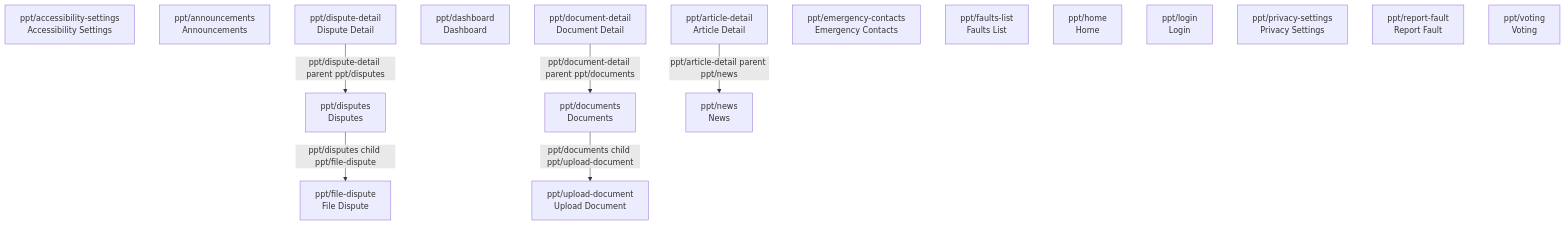
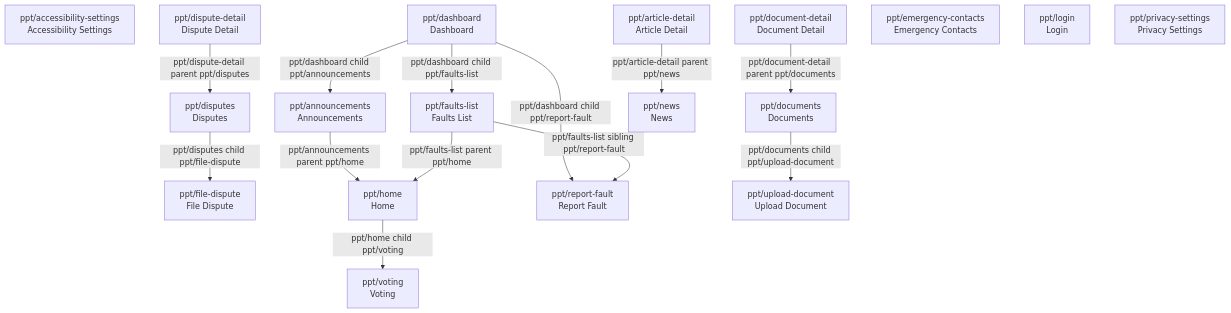
One commit to martin-janci/property-management changed the diagram in docs/screens/_diagrams/ppt-site-graph.mmd. Above: the diagram before and after it, drawn with Mermaid. The commit also changed 18 other files, not shown here.

```diff
--- a/docs/screens/_diagrams/ppt-site-graph.mmd
+++ b/docs/screens/_diagrams/ppt-site-graph.mmd
@@ -1,24 +1,31 @@
 graph TD
   ppt__accessibility-settings["ppt/accessibility-settings<br/>Accessibility Settings"]
   ppt__announcements["ppt/announcements<br/>Announcements"]
   ppt__article-detail["ppt/article-detail<br/>Article Detail"]
   ppt__dashboard["ppt/dashboard<br/>Dashboard"]
   ppt__dispute-detail["ppt/dispute-detail<br/>Dispute Detail"]
   ppt__disputes["ppt/disputes<br/>Disputes"]
   ppt__document-detail["ppt/document-detail<br/>Document Detail"]
   ppt__documents["ppt/documents<br/>Documents"]
   ppt__emergency-contacts["ppt/emergency-contacts<br/>Emergency Contacts"]
   ppt__faults-list["ppt/faults-list<br/>Faults List"]
   ppt__file-dispute["ppt/file-dispute<br/>File Dispute"]
   ppt__home["ppt/home<br/>Home"]
   ppt__login["ppt/login<br/>Login"]
   ppt__news["ppt/news<br/>News"]
   ppt__privacy-settings["ppt/privacy-settings<br/>Privacy Settings"]
   ppt__report-fault["ppt/report-fault<br/>Report Fault"]
   ppt__upload-document["ppt/upload-document<br/>Upload Document"]
   ppt__voting["ppt/voting<br/>Voting"]
+  ppt__announcements -- "ppt/announcements parent ppt/home" --> ppt__home
   ppt__article-detail -- "ppt/article-detail parent ppt/news" --> ppt__news
+  ppt__dashboard -- "ppt/dashboard child ppt/faults-list" --> ppt__faults-list
+  ppt__dashboard -- "ppt/dashboard child ppt/announcements" --> ppt__announcements
+  ppt__dashboard -- "ppt/dashboard child ppt/report-fault" --> ppt__report-fault
   ppt__dispute-detail -- "ppt/dispute-detail parent ppt/disputes" --> ppt__disputes
   ppt__disputes -- "ppt/disputes child ppt/file-dispute" --> ppt__file-dispute
   ppt__document-detail -- "ppt/document-detail parent ppt/documents" --> ppt__documents
   ppt__documents -- "ppt/documents child ppt/upload-document" --> ppt__upload-document
+  ppt__faults-list -- "ppt/faults-list parent ppt/home" --> ppt__home
+  ppt__faults-list -- "ppt/faults-list sibling ppt/report-fault" --> ppt__report-fault
+  ppt__home -- "ppt/home child ppt/voting" --> ppt__voting
```
